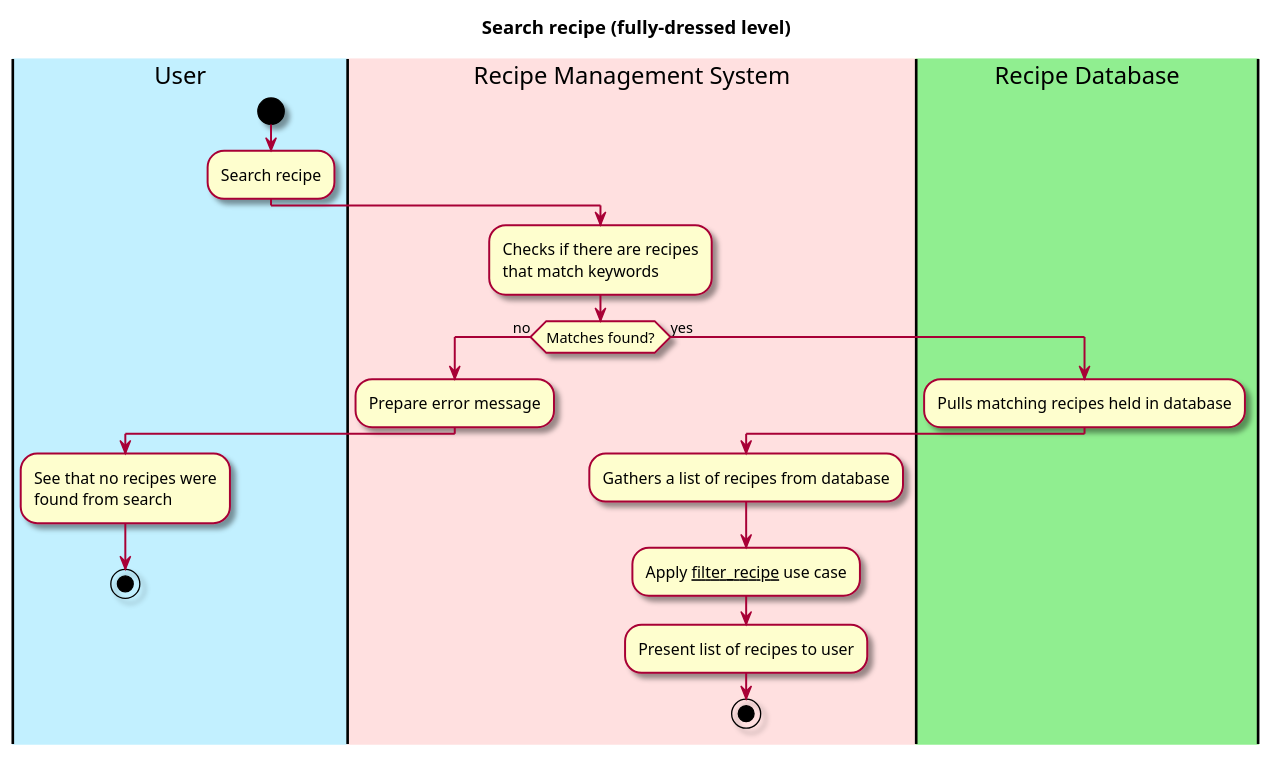
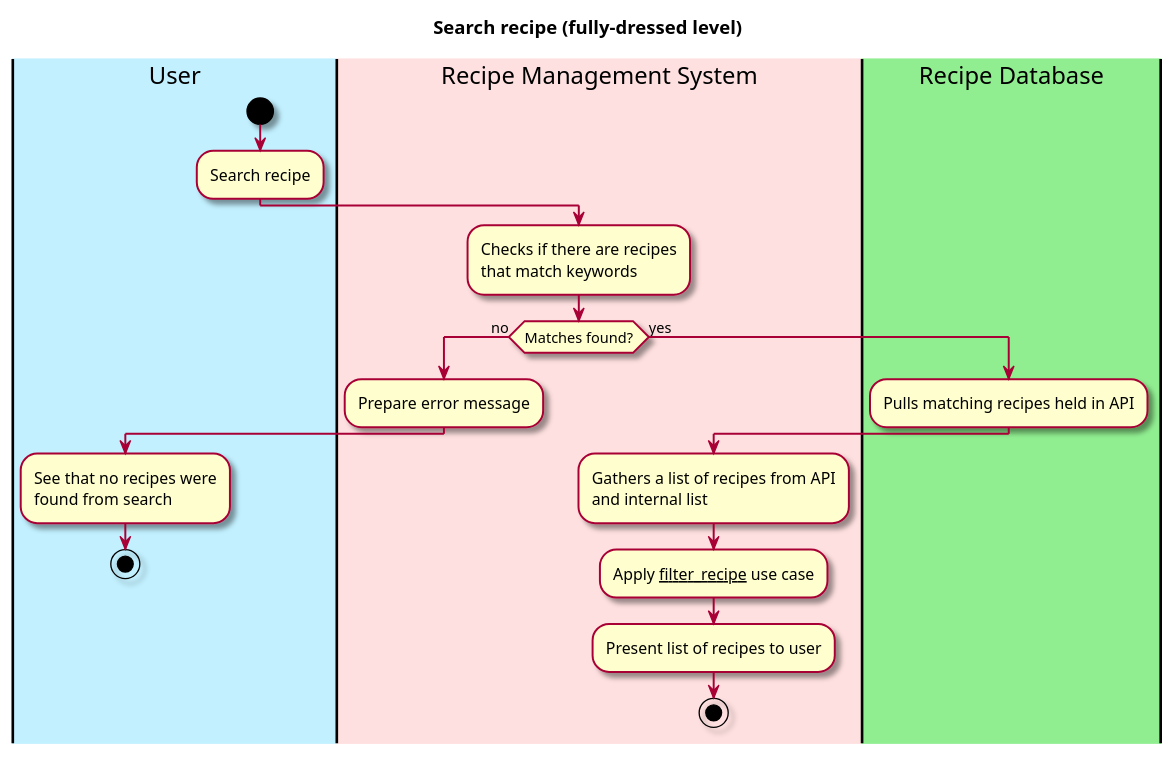
One commit to berthashipper/Pantry-Pal-Android-Application changed the diagram in intellij/doc/use-cases/search_recipes.md. Above: the diagram before and after it, drawn with PlantUML. The commit also changed 7 other files, not shown here.

````diff
--- a/intellij/doc/use-cases/search_recipes.md
+++ b/intellij/doc/use-cases/search_recipes.md
@@ -29,40 +29,41 @@
 ```plantuml
 @startuml
 
 skin rose
 
 title Search recipe (fully-dressed level)
 
 'define the lanes
 |#application|User|
 |#implementation|Recipe Management System|
 |#lightgreen|Recipe Database|
 
 |User|
 start
 :Search recipe;
 
 |Recipe Management System|
 :Checks if there are recipes
 that match keywords;
 
 if (Matches found?) is (no) then
 :Prepare error message;
 |User|
 :See that no recipes were
 found from search;
 stop
 else (yes)
 
 |Recipe Database|
-:Pulls matching recipes held in database;
+:Pulls matching recipes held in API;
 
 |Recipe Management System|
-:Gathers a list of recipes from database;
+:Gathers a list of recipes from API
+and internal list;
 :Apply __filter_recipe__ use case;
 
 
 :Present list of recipes to user;
 stop
 @enduml
 ```
````
